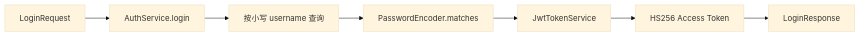
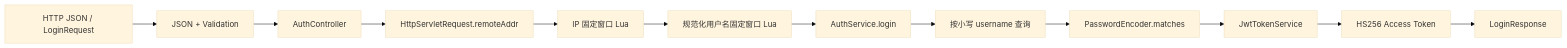
Before and after one commit to zc2777038647/ai-ticket-platform: the second of 8 diagrams in docs/project_architecture.md, drawn with Mermaid (base theme). The commit also changed other lines of this file and 9 other files, not shown here.

````diff
--- a/docs/project_architecture.md
+++ b/docs/project_architecture.md
@@ -40,9 +43,14 @@
 ```mermaid
 flowchart LR
-    Request["LoginRequest"] --> Service["AuthService.login"]
+    Request["HTTP JSON / LoginRequest"] --> Validation["JSON + Validation"]
+    Validation --> Controller["AuthController"]
+    Controller --> Remote["HttpServletRequest.remoteAddr"]
+    Remote --> IPLua["IP 固定窗口 Lua"]
+    IPLua --> UsernameLua["规范化用户名固定窗口 Lua"]
+    UsernameLua --> Service["AuthService.login"]
     Service --> Lookup["按小写 username 查询"]
     Lookup --> Match["PasswordEncoder.matches"]
     Match --> TokenService["JwtTokenService"]
     TokenService --> JWT["HS256 Access Token"]
     JWT --> Response["LoginResponse"]
 ```
````
